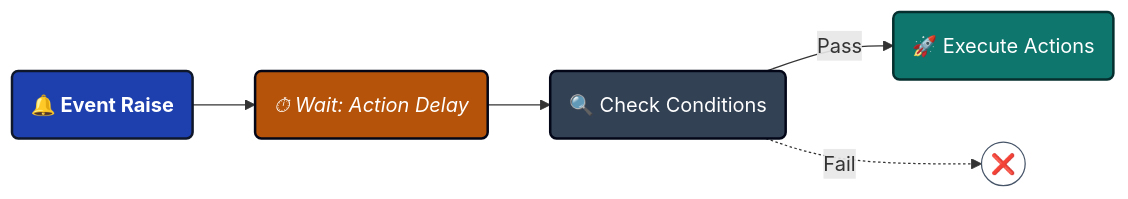
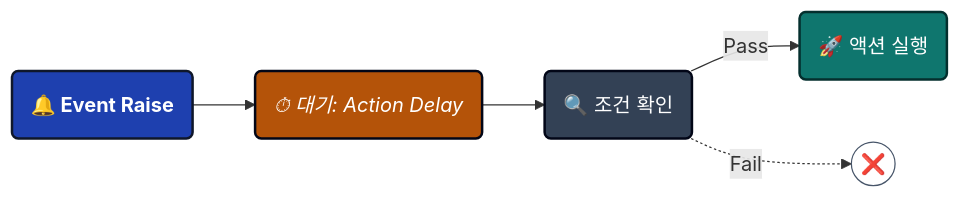
One commit to tinygiants-tech/TinyGiants changed the second of 5 diagrams in i18n/ko/docusaurus-plugin-content-docs/current/game-event-system/visual-workflow/game-event-behavior.md. Above: the diagram before and after it, drawn with Mermaid. The commit also changed other lines of this file and 81 other files, not shown here.

````diff
--- a/i18n/ko/docusaurus-plugin-content-docs/current/game-event-system/visual-workflow/game-event-behavior.md
+++ b/i18n/ko/docusaurus-plugin-content-docs/current/game-event-system/visual-workflow/game-event-behavior.md
@@ -313,13 +313,13 @@
 ```mermaid
 graph LR
     classDef event fill:#1e40af,stroke:#0f172a,stroke-width:2px,color:#ffffff,font-weight:bold
     classDef wait fill:#b45309,stroke:#020617,stroke-width:2px,color:#ffffff,font-style:italic
     classDef decision fill:#334155,stroke:#020617,stroke-width:2px,color:#ffffff
     classDef action fill:#0f766e,stroke:#042f2e,stroke-width:2px,color:#ffffff
 
-    A(🔔 Event Raise):::event --> B(⏱ Wait: Action Delay):::wait
-    B --> C(🔍 Check Conditions):::decision
-    C -- "Pass" --> D(🚀 Execute Actions):::action
+    A(🔔 Event Raise):::event --> B(⏱ 대기: Action Delay):::wait
+    B --> C(🔍 조건 확인):::decision
+    C -- "Pass" --> D(🚀 액션 실행):::action
     C -. "Fail" .-> E((❌))
     style E fill:none,stroke:#475569,color:#475569
 ```
````
